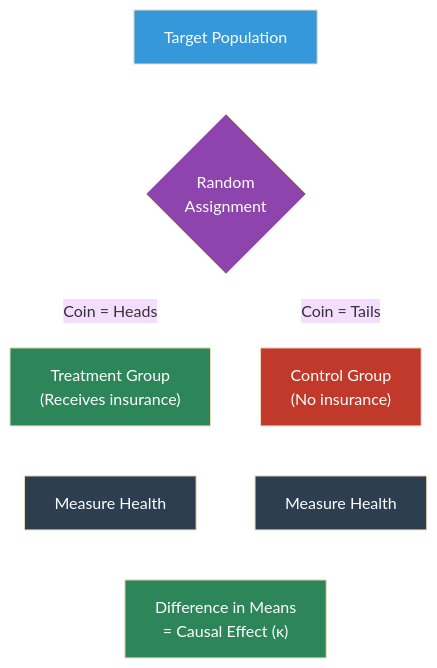
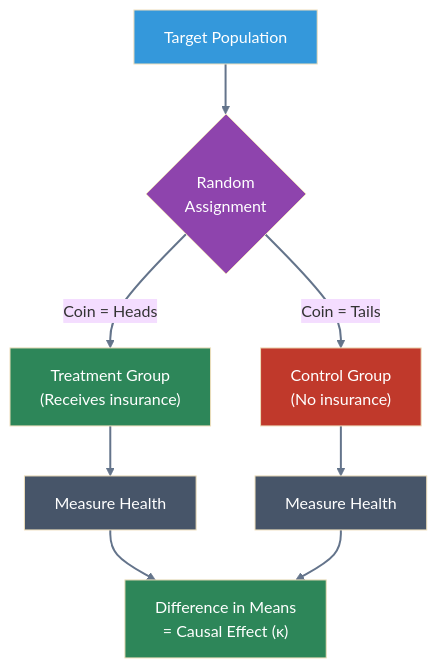
One commit to cmg777/intro2causal changed the fourth of 6 diagrams in book/notebooks_quarto/01-randomized-trials.qmd. Above: the diagram before and after it, drawn with Mermaid (base theme). The commit also changed other lines of this file and 5 other files, not shown here.

First line of the commit message:
Fix mermaid diagram colors for dark/light theme visibility

````diff
--- a/book/notebooks_quarto/01-randomized-trials.qmd
+++ b/book/notebooks_quarto/01-randomized-trials.qmd
@@ -263,22 +263,22 @@
 ```{mermaid}
 %%| label: fig-rct-design
 %%| fig-cap: "In an RCT, random assignment ensures the two groups are comparable. Any difference in outcomes must be caused by the treatment."
 
 graph TD
     P["Target Population"] --> R{"Random<br/>Assignment"}
     R -->|"Coin = Heads"| T["Treatment Group<br/>(Receives insurance)"]
     R -->|"Coin = Tails"| C["Control Group<br/>(No insurance)"]
     T --> OT["Measure Health"]
     C --> OC["Measure Health"]
     OT --> D["Difference in Means<br/>= Causal Effect (κ)"]
     OC --> D
 
     style P fill:#3498db,color:#fff
     style R fill:#8e44ad,color:#fff
     style T fill:#2d8659,color:#fff
     style C fill:#c0392b,color:#fff
-    style OT fill:#2c3e50,color:#fff
-    style OC fill:#2c3e50,color:#fff
+    style OT fill:#475569,color:#fff
+    style OC fill:#475569,color:#fff
     style D fill:#2d8659,color:#fff
-    linkStyle default stroke:#fff,stroke-width:2px
+    linkStyle default stroke:#64748b,stroke-width:2px
 ```
````
